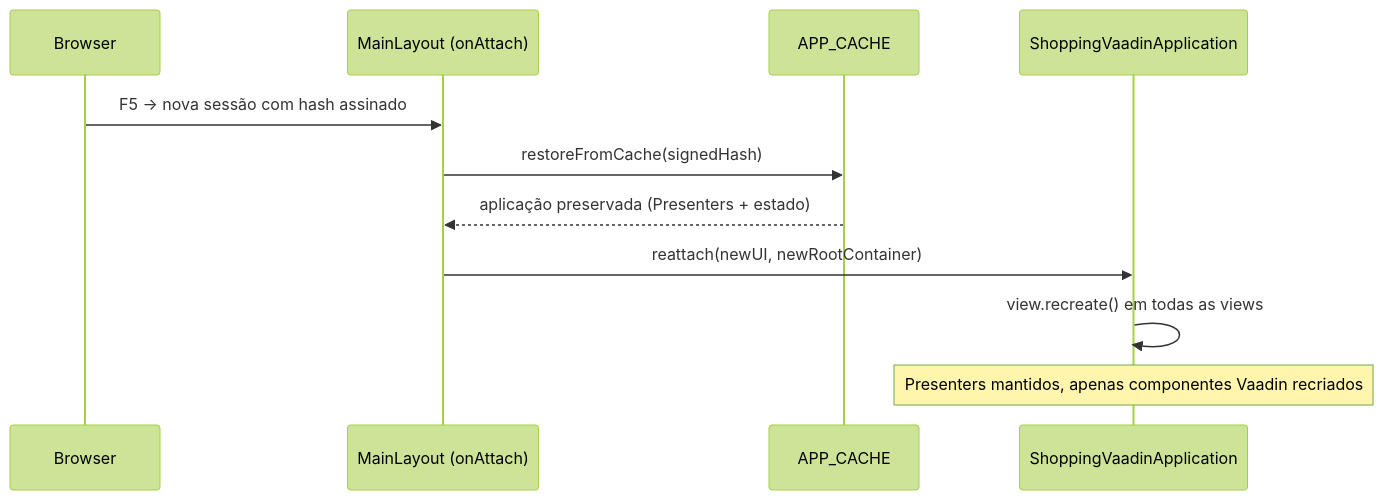
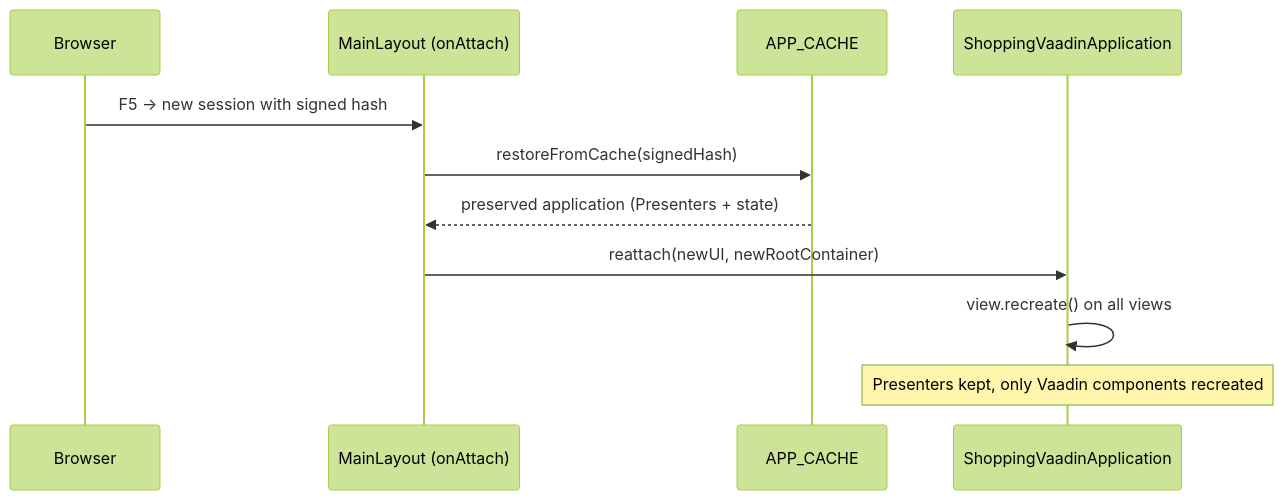
One commit to mrcdom/wdc-cube-java-v2 changed the third of 4 diagrams in fontes/br.com.wdc.shopping/br.com.wdc.shopping.view.vaadin/README.md. Above: the diagram before and after it, drawn with Mermaid (forest theme). The commit also changed other lines of this file and 69 other files, not shown here.

````diff
--- a/fontes/br.com.wdc.shopping/br.com.wdc.shopping.view.vaadin/README.md
+++ b/fontes/br.com.wdc.shopping/br.com.wdc.shopping.view.vaadin/README.md
@@ -310,14 +310,14 @@
 ```mermaid
 sequenceDiagram
     participant B as Browser
     participant S as MainLayout (onAttach)
     participant C as APP_CACHE
     participant A as ShoppingVaadinApplication
 
-    B->>S: F5 → nova sessão com hash assinado
+    B->>S: F5 → new session with signed hash
     S->>C: restoreFromCache(signedHash)
-    C-->>S: aplicação preservada (Presenters + estado)
+    C-->>S: preserved application (Presenters + state)
     S->>A: reattach(newUI, newRootContainer)
-    A->>A: view.recreate() em todas as views
-    Note over A: Presenters mantidos, apenas componentes Vaadin recriados
+    A->>A: view.recreate() on all views
+    Note over A: Presenters kept, only Vaadin components recreated
 ```
````
